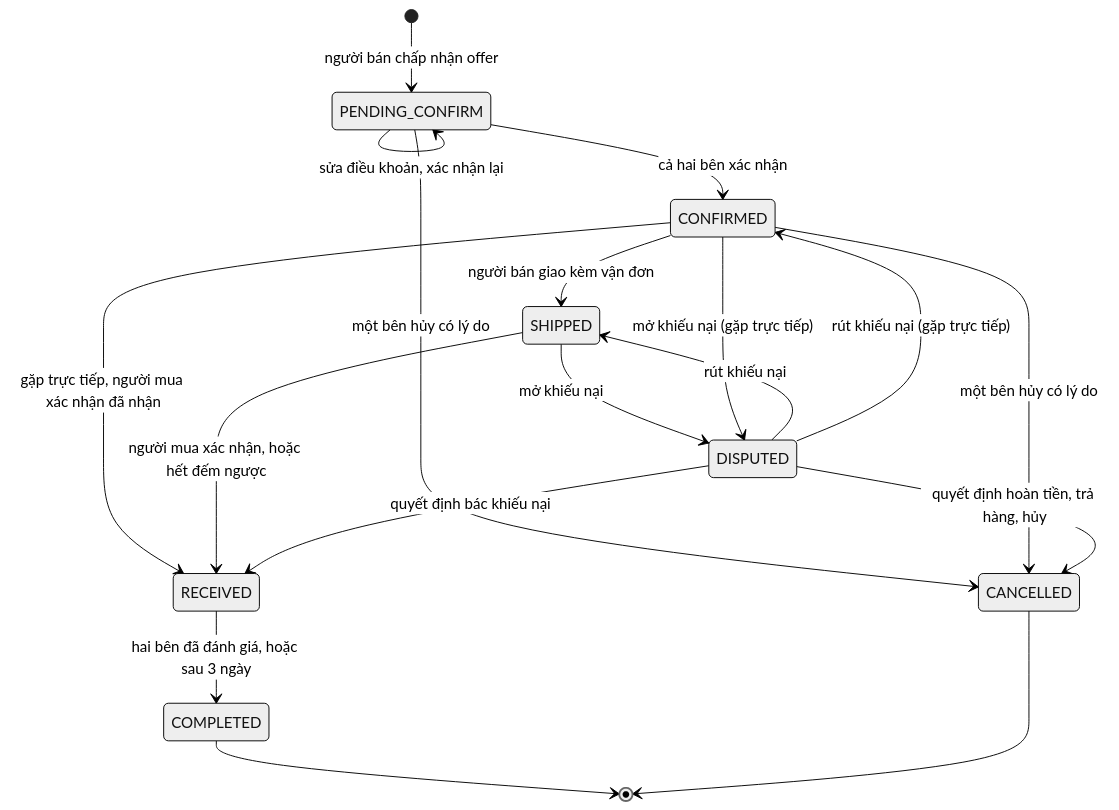
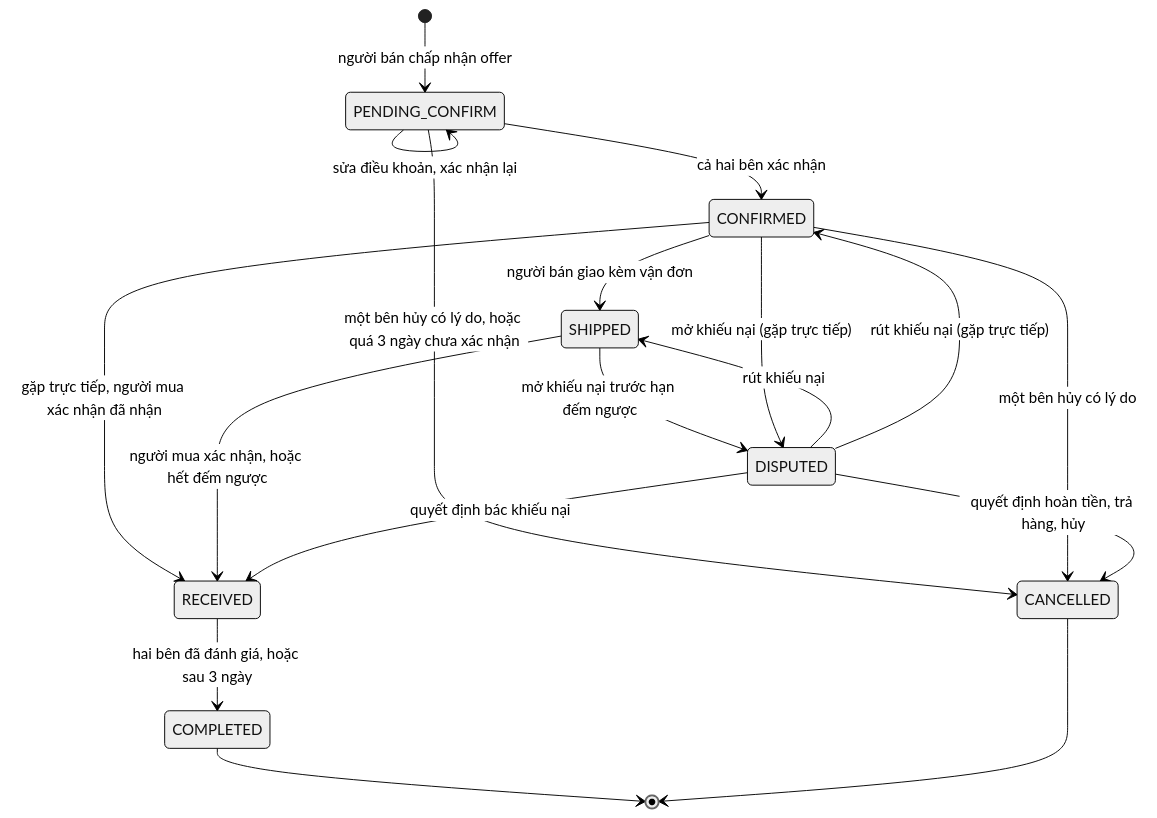
One commit to tahpnart8/NHOM3-MobileApp changed the second of 2 diagrams in workflow/docs/architecture/trang-thai.md. Above: the diagram before and after it, drawn with Mermaid (neutral theme). The commit also changed other lines of this file and 116 other files, not shown here.

````diff
--- a/workflow/docs/architecture/trang-thai.md
+++ b/workflow/docs/architecture/trang-thai.md
@@ -66,20 +71,20 @@
 ```mermaid
 stateDiagram-v2
     [*] --> PENDING_CONFIRM: người bán chấp nhận offer
     PENDING_CONFIRM --> PENDING_CONFIRM: sửa điều khoản, xác nhận lại
     PENDING_CONFIRM --> CONFIRMED: cả hai bên xác nhận
-    PENDING_CONFIRM --> CANCELLED: một bên hủy có lý do
+    PENDING_CONFIRM --> CANCELLED: một bên hủy có lý do, hoặc quá 3 ngày chưa xác nhận
     CONFIRMED --> CANCELLED: một bên hủy có lý do
     CONFIRMED --> SHIPPED: người bán giao kèm vận đơn
     CONFIRMED --> RECEIVED: gặp trực tiếp, người mua xác nhận đã nhận
     SHIPPED --> RECEIVED: người mua xác nhận, hoặc hết đếm ngược
-    SHIPPED --> DISPUTED: mở khiếu nại
+    SHIPPED --> DISPUTED: mở khiếu nại trước hạn đếm ngược
     CONFIRMED --> DISPUTED: mở khiếu nại (gặp trực tiếp)
     DISPUTED --> CANCELLED: quyết định hoàn tiền, trả hàng, hủy
     DISPUTED --> RECEIVED: quyết định bác khiếu nại
     DISPUTED --> SHIPPED: rút khiếu nại
     DISPUTED --> CONFIRMED: rút khiếu nại (gặp trực tiếp)
     RECEIVED --> COMPLETED: hai bên đã đánh giá, hoặc sau 3 ngày
     COMPLETED --> [*]
     CANCELLED --> [*]
 ```
````
